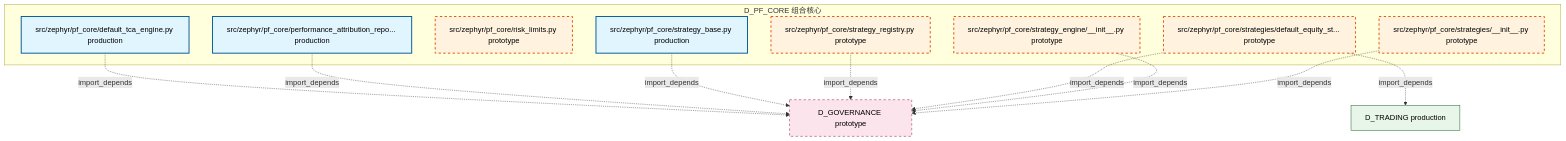
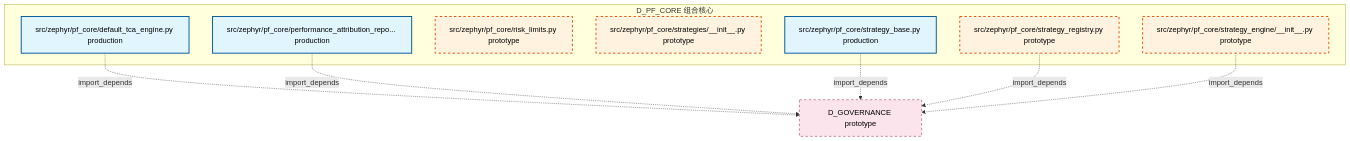
Before and after one commit to xuanFelixVan/ZephyrAlpha: the second of 2 diagrams in docs/02_enterprise_architecture/02_domain_architecture_docs/45_d_pf_core.md, drawn with Mermaid. The commit also changed other lines of this file and 105 other files, not shown here.

````diff
--- a/docs/02_enterprise_architecture/02_domain_architecture_docs/45_d_pf_core.md
+++ b/docs/02_enterprise_architecture/02_domain_architecture_docs/45_d_pf_core.md
@@ -99,31 +99,25 @@
 ```mermaid
 graph TD
     subgraph D_PF_CORE["D_PF_CORE 组合核心"]
         src_zephyr_pf_core_default_tca_engine_py["src/zephyr/pf_core/default_tca_engine.py production"]
         src_zephyr_pf_core_performance_attribution_report_py["src/zephyr/pf_core/performance_attribution_repo... production"]
         src_zephyr_pf_core_risk_limits_py["src/zephyr/pf_core/risk_limits.py prototype"]
         src_zephyr_pf_core_strategies_init_py["src/zephyr/pf_core/strategies/__init__.py prototype"]
-        src_zephyr_pf_core_strategies_default_equity_strategy_py["src/zephyr/pf_core/strategies/default_equity_st... prototype"]
         src_zephyr_pf_core_strategy_base_py["src/zephyr/pf_core/strategy_base.py production"]
         src_zephyr_pf_core_strategy_engine_init_py["src/zephyr/pf_core/strategy_engine/__init__.py prototype"]
         src_zephyr_pf_core_strategy_registry_py["src/zephyr/pf_core/strategy_registry.py prototype"]
     end
     D_GOVERNANCE["D_GOVERNANCE prototype"]
     src_zephyr_pf_core_default_tca_engine_py -.->|import_depends| D_GOVERNANCE
     src_zephyr_pf_core_performance_attribution_report_py -.->|import_depends| D_GOVERNANCE
     src_zephyr_pf_core_strategy_base_py -.->|import_depends| D_GOVERNANCE
     src_zephyr_pf_core_strategy_registry_py -.->|import_depends| D_GOVERNANCE
-    src_zephyr_pf_core_strategies_default_equity_strategy_py -.->|import_depends| D_GOVERNANCE
-    D_TRADING["D_TRADING production"]
-    src_zephyr_pf_core_strategies_default_equity_strategy_py -.->|import_depends| D_TRADING
     src_zephyr_pf_core_strategy_engine_init_py -.->|import_depends| D_GOVERNANCE
-    src_zephyr_pf_core_strategies_init_py -.->|import_depends| D_GOVERNANCE
     classDef production fill:#e1f5fe,stroke:#01579b,stroke-width:2px,color:#000
     classDef design fill:#fff3e0,stroke:#e65100,stroke-width:2px,color:#000,stroke-dasharray: 5 5
     classDef external_prod fill:#e8f5e9,stroke:#1b5e20,stroke-width:1px,color:#000
     classDef external_design fill:#fce4ec,stroke:#880e4f,stroke-width:1px,color:#000,stroke-dasharray: 5 5
     class src_zephyr_pf_core_default_tca_engine_py,src_zephyr_pf_core_performance_attribution_report_py,src_zephyr_pf_core_strategy_base_py production
-    class src_zephyr_pf_core_risk_limits_py,src_zephyr_pf_core_strategies_init_py,src_zephyr_pf_core_strategies_default_equity_strategy_py,src_zephyr_pf_core_strategy_engine_init_py,src_zephyr_pf_core_strategy_registry_py design
-    class D_TRADING external_prod
+    class src_zephyr_pf_core_risk_limits_py,src_zephyr_pf_core_strategies_init_py,src_zephyr_pf_core_strategy_engine_init_py,src_zephyr_pf_core_strategy_registry_py design
     class D_GOVERNANCE external_design
 ```
````
